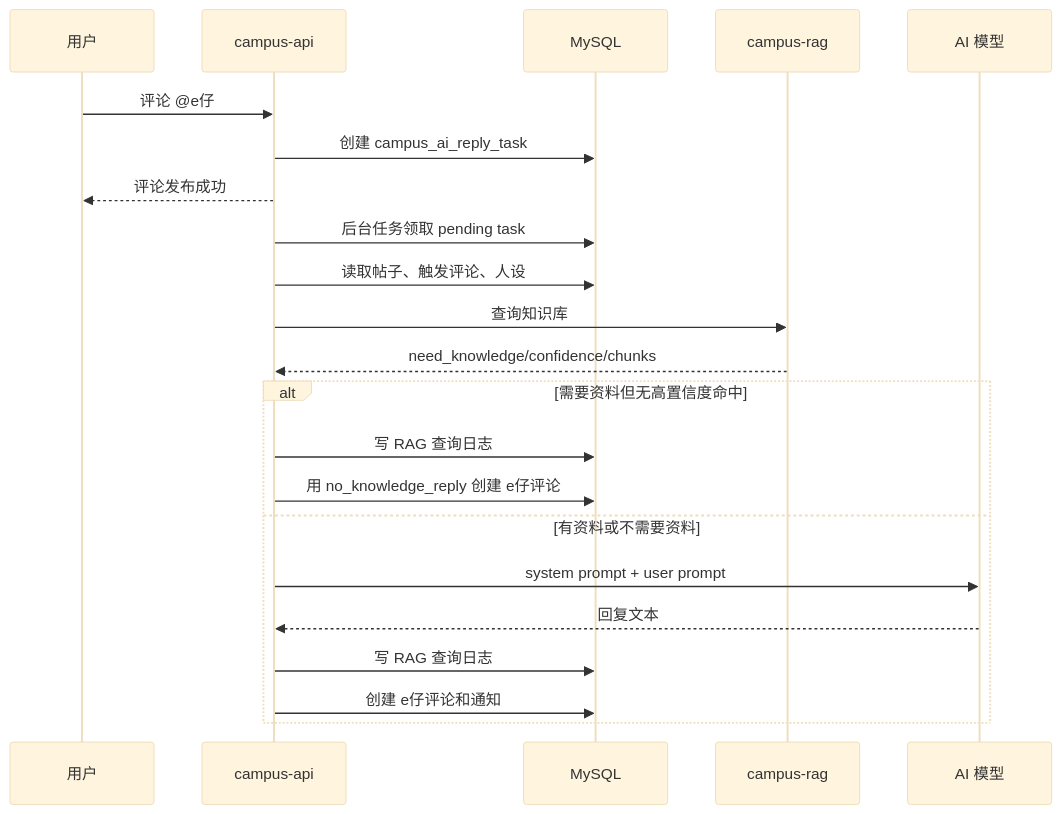
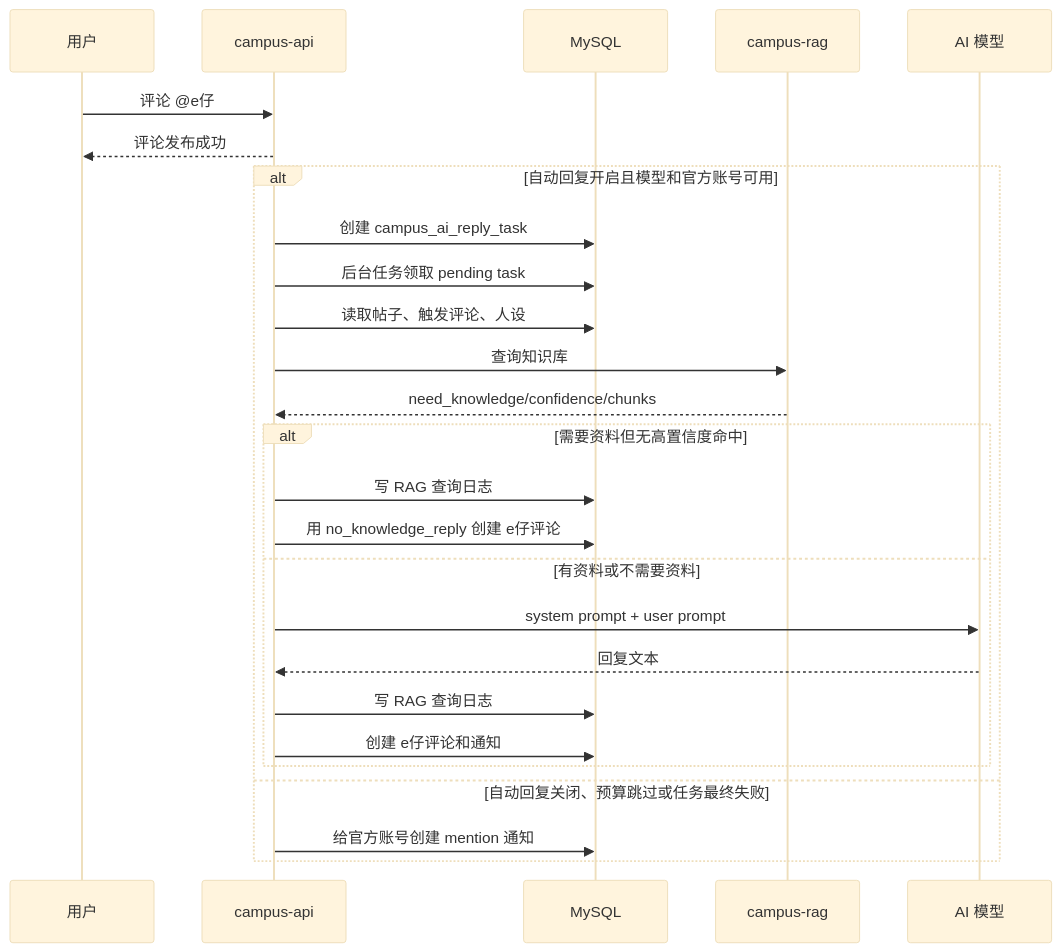
The fifth of 5 diagrams in docs/ai-rag.md (tangfire/lehu-video), drawn with Mermaid (base theme) before and after one commit. The commit also changed other lines of this file and 15 other files, not shown here.

````diff
--- a/docs/ai-rag.md
+++ b/docs/ai-rag.md
@@ -334,25 +334,29 @@
 ```mermaid
 sequenceDiagram
     participant U as 用户
     participant API as campus-api
     participant DB as MySQL
     participant RAG as campus-rag
     participant LLM as AI 模型
 
     U->>API: 评论 @e仔
-    API->>DB: 创建 campus_ai_reply_task
     API-->>U: 评论发布成功
-    API->>DB: 后台任务领取 pending task
-    API->>DB: 读取帖子、触发评论、人设
-    API->>RAG: 查询知识库
-    RAG-->>API: need_knowledge/confidence/chunks
-    alt 需要资料但无高置信度命中
-        API->>DB: 写 RAG 查询日志
-        API->>DB: 用 no_knowledge_reply 创建 e仔评论
-    else 有资料或不需要资料
-        API->>LLM: system prompt + user prompt
-        LLM-->>API: 回复文本
-        API->>DB: 写 RAG 查询日志
-        API->>DB: 创建 e仔评论和通知
+    alt 自动回复开启且模型和官方账号可用
+        API->>DB: 创建 campus_ai_reply_task
+        API->>DB: 后台任务领取 pending task
+        API->>DB: 读取帖子、触发评论、人设
+        API->>RAG: 查询知识库
+        RAG-->>API: need_knowledge/confidence/chunks
+        alt 需要资料但无高置信度命中
+            API->>DB: 写 RAG 查询日志
+            API->>DB: 用 no_knowledge_reply 创建 e仔评论
+        else 有资料或不需要资料
+            API->>LLM: system prompt + user prompt
+            LLM-->>API: 回复文本
+            API->>DB: 写 RAG 查询日志
+            API->>DB: 创建 e仔评论和通知
+        end
+    else 自动回复关闭、预算跳过或任务最终失败
+        API->>DB: 给官方账号创建 mention 通知
     end
 ```
````
